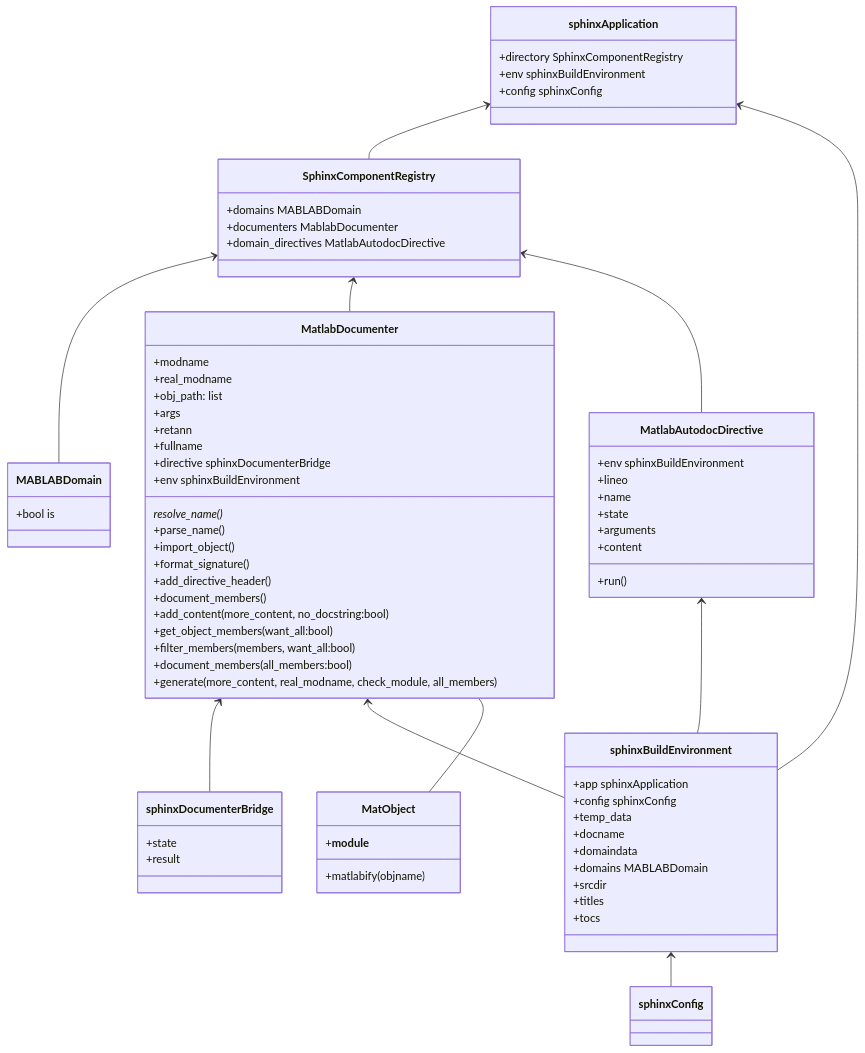
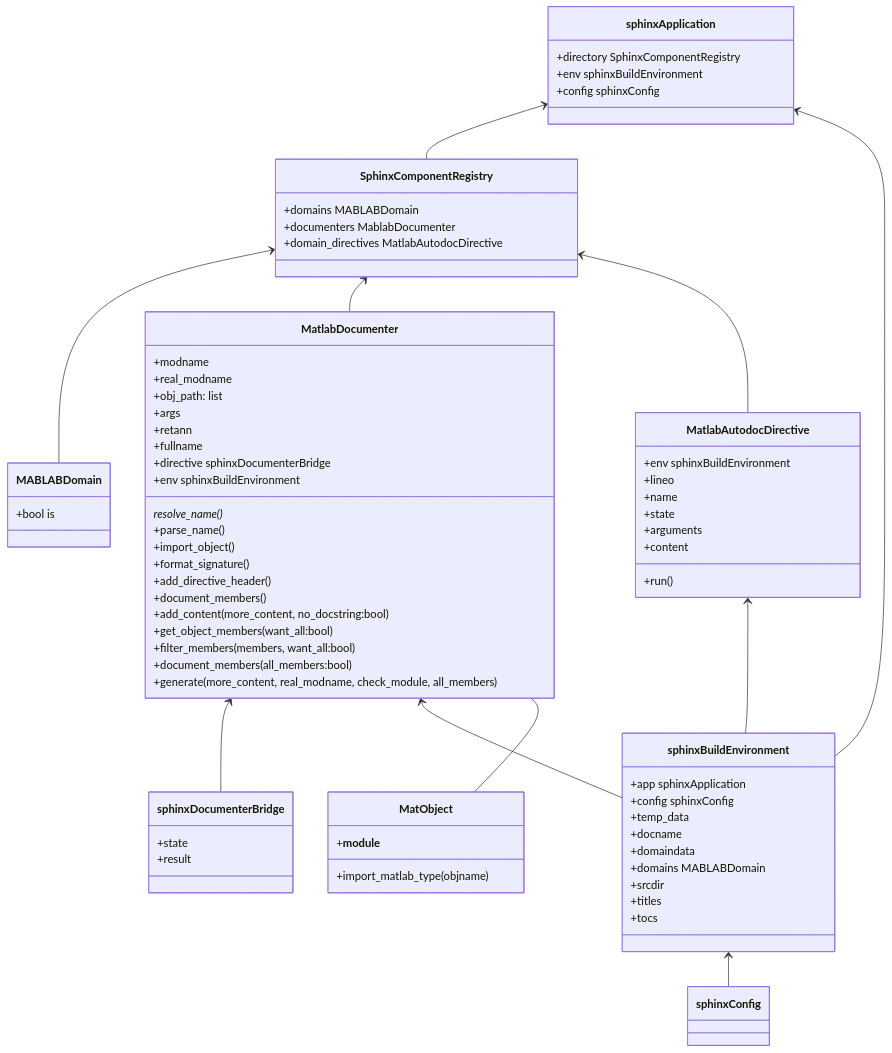
Before and after one commit to watermarkhu/matlabdomain: the diagram in dev/sketches/classes.md, drawn with Mermaid. The commit also changed 8 other files, not shown here.

```diff
--- a/dev/sketches/classes.md
+++ b/dev/sketches/classes.md
@@ -79,7 +79,7 @@
 
  class MatObject {
         +__module__
-        +matlabify(objname)
+        +import_matlab_type(objname)
  }
 
  MatlabDocumenter -- MatObject
```
